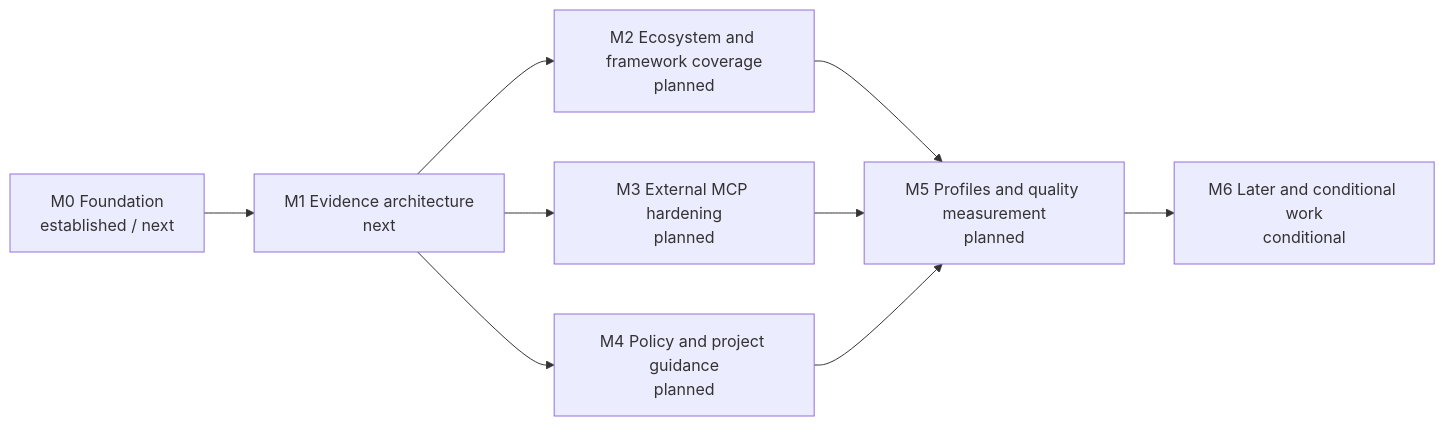
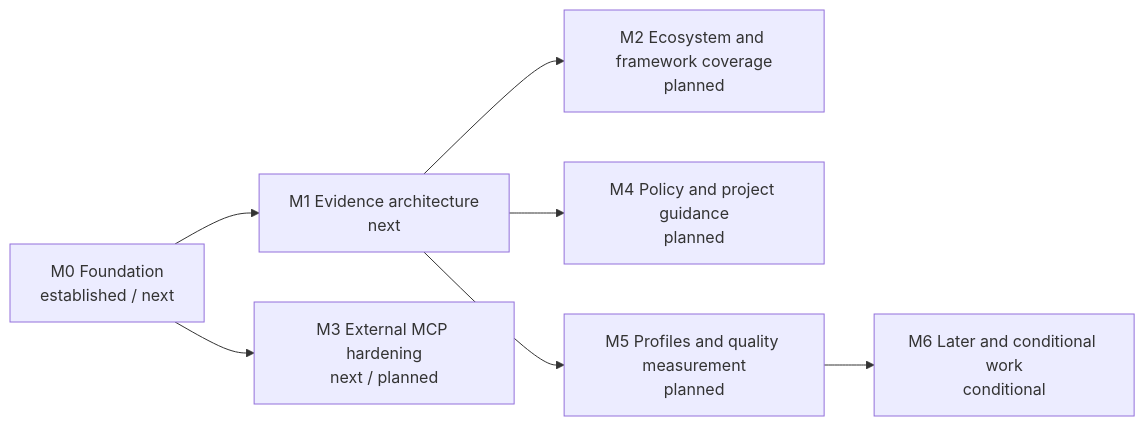
Before and after one commit to xeonvs/open-code-review-toolkit: the diagram in ROADMAP.md, drawn with Mermaid. The commit also changed other lines of this file and 6 other files, not shown here.

First line of the commit message:
Refine roadmap dependency and rollout safety (#18)

````diff
--- a/ROADMAP.md
+++ b/ROADMAP.md
@@ -7,11 +7,9 @@
 ```mermaid
 flowchart LR
     M0["M0 Foundation<br/>established / next"] --> M1["M1 Evidence architecture<br/>next"]
+    M0 --> M3["M3 External MCP hardening<br/>next / planned"]
     M1 --> M2["M2 Ecosystem and framework coverage<br/>planned"]
-    M1 --> M3["M3 External MCP hardening<br/>planned"]
     M1 --> M4["M4 Policy and project guidance<br/>planned"]
-    M2 --> M5["M5 Profiles and quality measurement<br/>planned"]
-    M3 --> M5
-    M4 --> M5
+    M1 --> M5["M5 Profiles and quality measurement<br/>planned"]
     M5 --> M6["M6 Later and conditional work<br/>conditional"]
 ```
````
